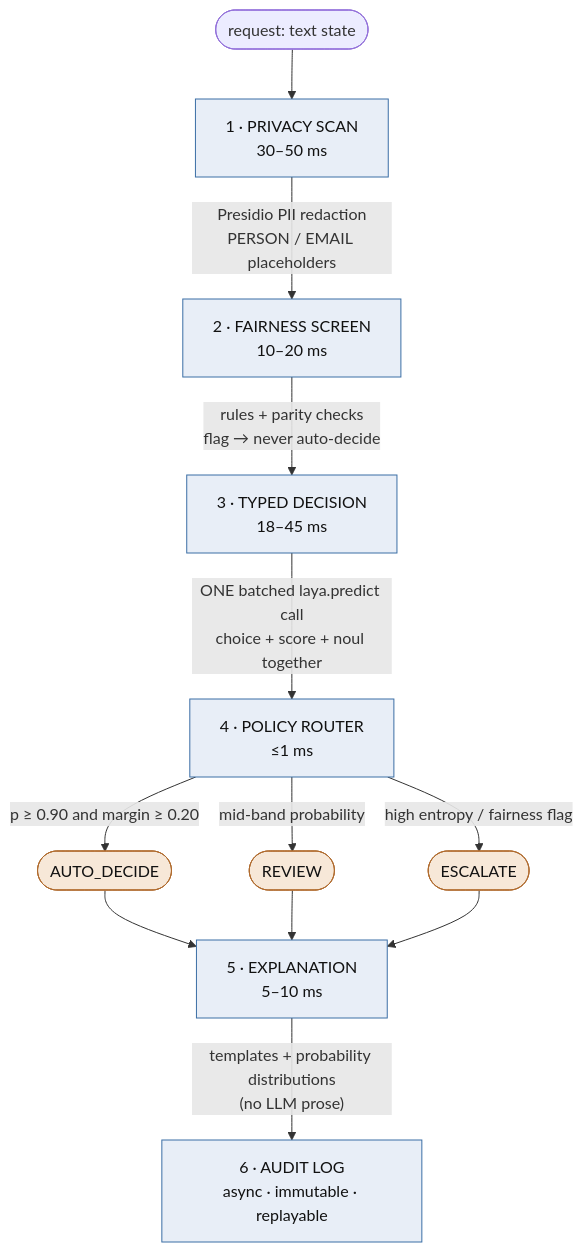
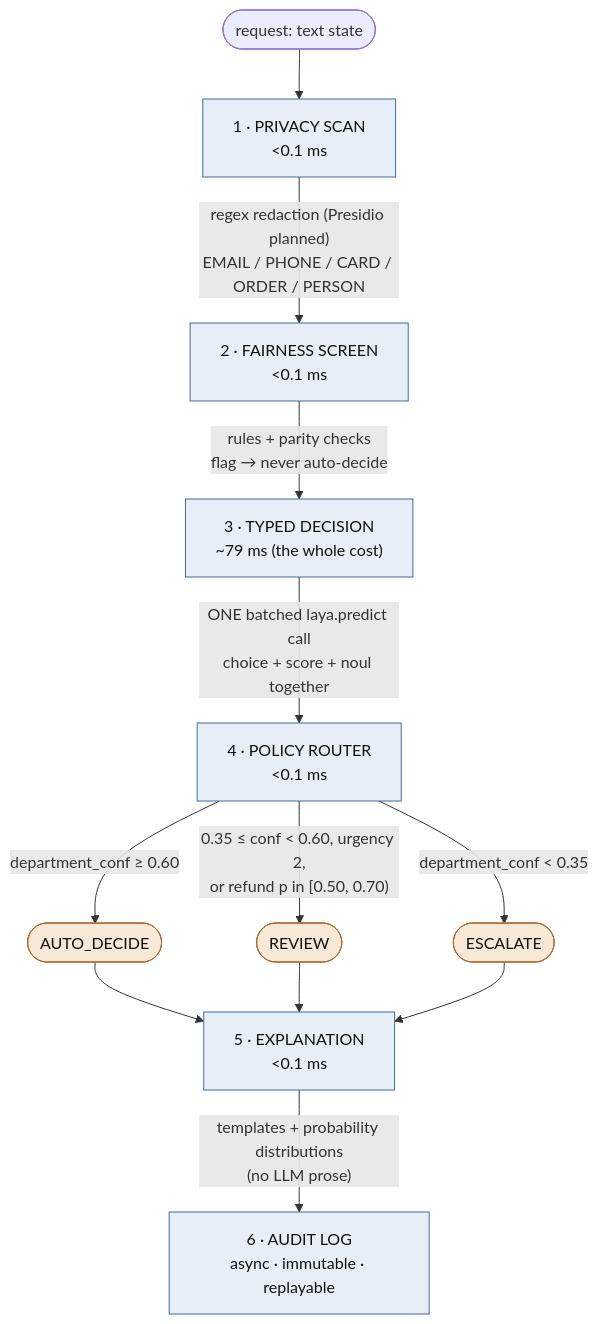
One commit to Ayyankhan101/Autonomous-Decision-Intelligence-Platform-ADIP- changed the first of 3 diagrams in README.md. Above: the diagram before and after it, drawn with Mermaid. The commit also changed other lines of this file and 63 other files, not shown here.

````diff
--- a/README.md
+++ b/README.md
@@ -24,30 +24,30 @@
 ```mermaid
 flowchart TD
     REQ(["request: text state"]) --> S1
 
-    S1["1 · PRIVACY SCAN\n30–50 ms"]:::stage
-    S2["2 · FAIRNESS SCREEN\n10–20 ms"]:::stage
-    S3["3 · TYPED DECISION\n18–45 ms"]:::stage
-    S4["4 · POLICY ROUTER\n≤1 ms"]:::stage
-    S5["5 · EXPLANATION\n5–10 ms"]:::stage
+    S1["1 · PRIVACY SCAN\n<0.1 ms"]:::stage
+    S2["2 · FAIRNESS SCREEN\n<0.1 ms"]:::stage
+    S3["3 · TYPED DECISION\n~79 ms (the whole cost)"]:::stage
+    S4["4 · POLICY ROUTER\n<0.1 ms"]:::stage
+    S5["5 · EXPLANATION\n<0.1 ms"]:::stage
     S6["6 · AUDIT LOG\nasync · immutable · replayable"]:::stage
 
-    S1 -- "Presidio PII redaction\nPERSON / EMAIL placeholders" --> S2
+    S1 -- "regex redaction (Presidio planned)\nEMAIL / PHONE / CARD / ORDER / PERSON" --> S2
     S2 -- "rules + parity checks\nflag → never auto-decide" --> S3
     S3 -- "ONE batched laya.predict call\nchoice + score + noul together" --> S4
-    S4 -- "p ≥ 0.90 and margin ≥ 0.20" --> AUTO
-    S4 -- "mid-band probability" --> REVIEW
-    S4 -- "high entropy / fairness flag" --> ESCALATE
+    S4 -- "department_conf ≥ 0.60" --> AUTO
+    S4 -- "0.35 ≤ conf < 0.60, urgency 2,\nor refund p in [0.50, 0.70)" --> REVIEW
+    S4 -- "department_conf < 0.35" --> ESCALATE
 
     AUTO(["AUTO_DECIDE"]):::decision
     REVIEW(["REVIEW"]):::decision
     ESCALATE(["ESCALATE"]):::decision
 
     AUTO --> S5
     REVIEW --> S5
     ESCALATE --> S5
     S5 -- "templates + probability distributions\n(no LLM prose)" --> S6
 
     classDef stage fill:#e8eef7,stroke:#3b6ea5,color:#111
     classDef decision fill:#f7e8d8,stroke:#b06a2c,color:#111
 ```
````
